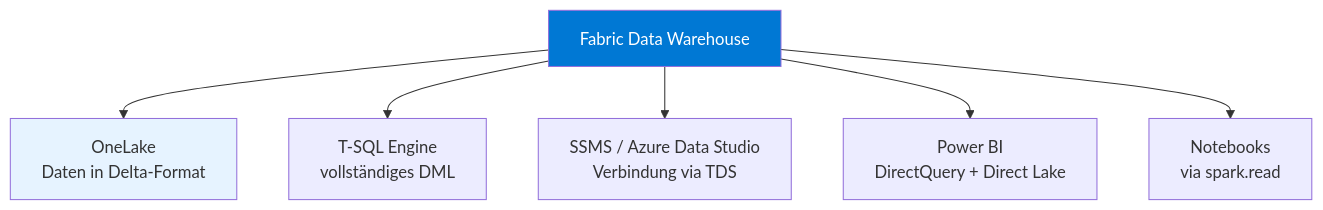
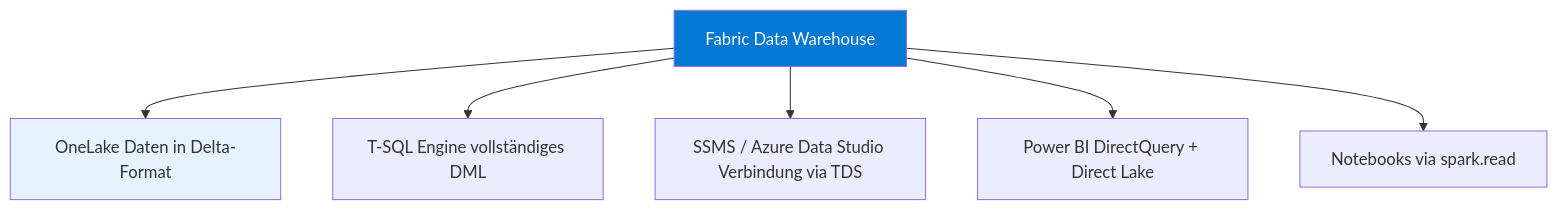
The first of 3 diagrams in Microsoft 365/Azure/Fabric/Fabric Data Warehouse.md (SoniiiT/notes-n-docs), drawn with Mermaid before and after one commit. The commit also changed other lines of this file and 124 other files, not shown here.

First line of the commit message:
fix: Entferne \n aus allen Mermaid-Diagrammen (125 Dateien)

````diff
--- a/Microsoft 365/Azure/Fabric/Fabric Data Warehouse.md
+++ b/Microsoft 365/Azure/Fabric/Fabric Data Warehouse.md
@@ -28,12 +28,12 @@
 ```mermaid
 graph TD
     DW[Fabric Data Warehouse]
-    DW --> OL[OneLake\nDaten in Delta-Format]
-    DW --> SQL[T-SQL Engine\nvollständiges DML]
-    DW --> SSMS[SSMS / Azure Data Studio\nVerbindung via TDS]
-    DW --> PBI[Power BI\nDirectQuery + Direct Lake]
-    DW --> NB[Notebooks\nvia spark.read]
+    DW --> OL[OneLake Daten in Delta-Format]
+    DW --> SQL[T-SQL Engine vollständiges DML]
+    DW --> SSMS[SSMS / Azure Data Studio Verbindung via TDS]
+    DW --> PBI[Power BI DirectQuery + Direct Lake]
+    DW --> NB[Notebooks via spark.read]
     
     style DW fill:#0078d4,color:#fff
     style OL fill:#e6f3ff
 ```
````
